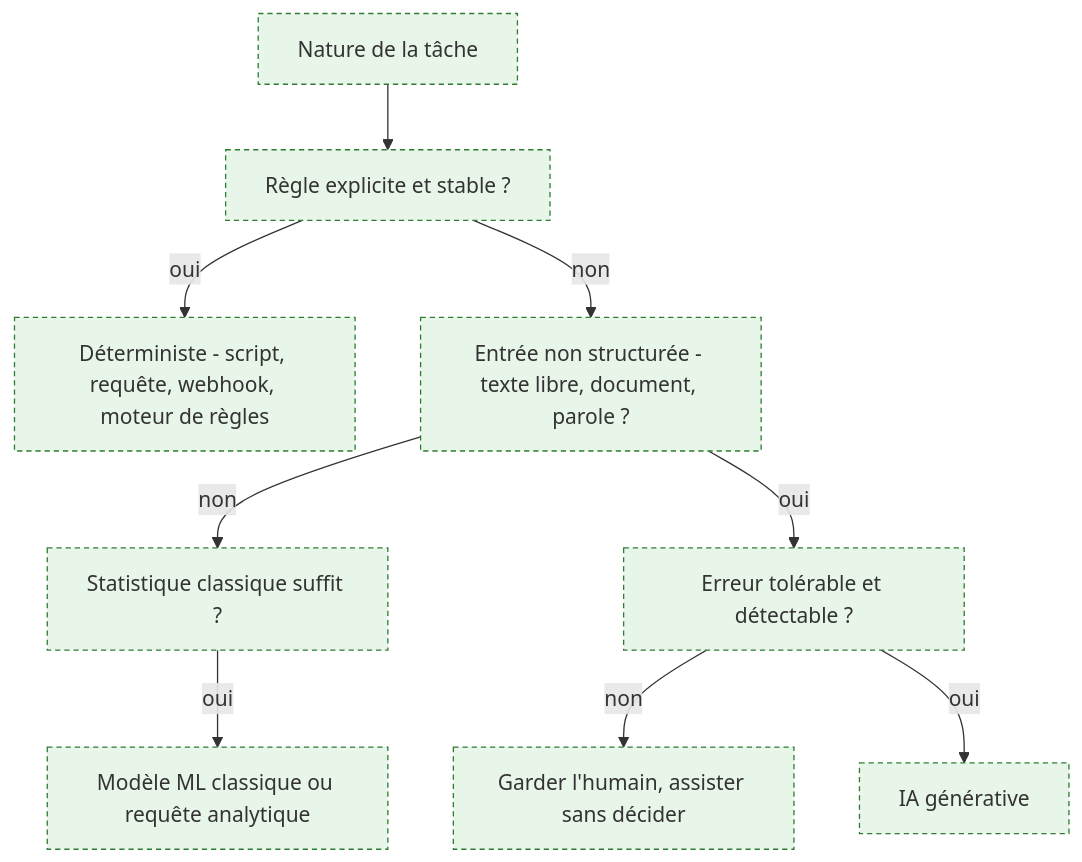
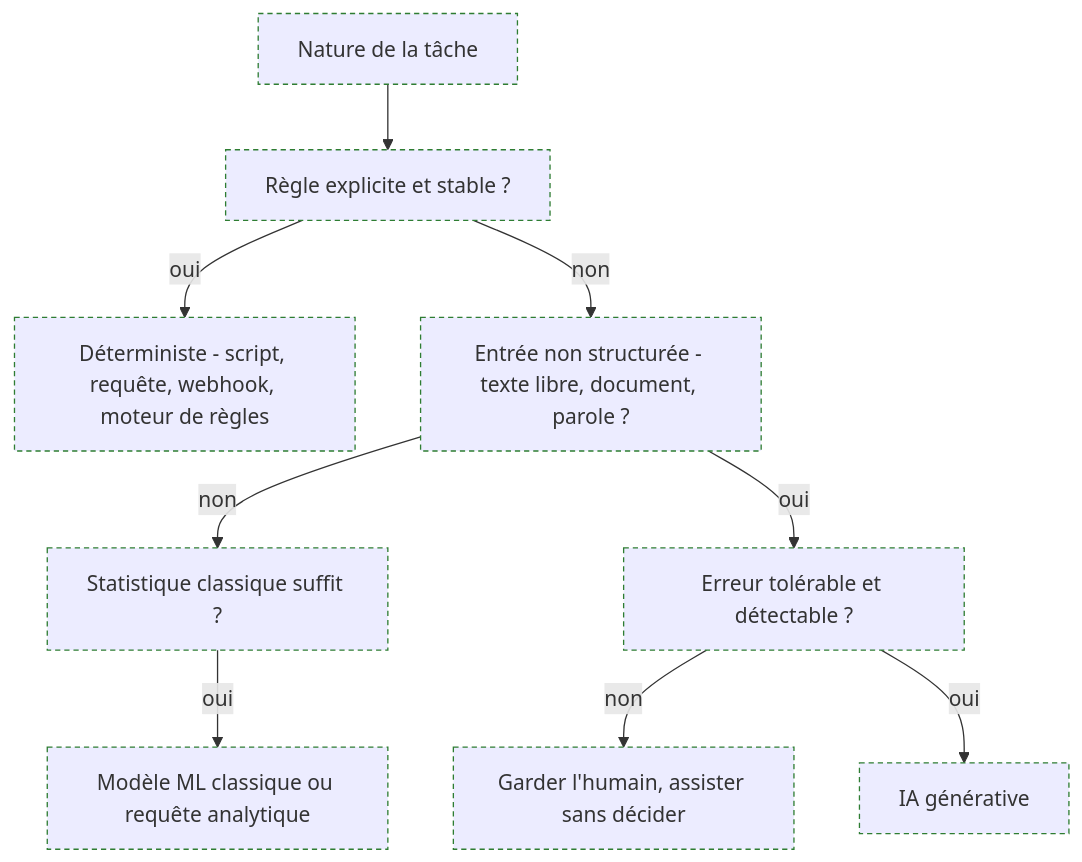
The diagram in content/notions/arbitrage-deterministe-probabiliste.md (floSa/Atlas-Metiers-Roadmaps), drawn with Mermaid before and after one commit. The commit also changed 28 other files, not shown here.

Commit message:
Schemas lisibles dans les deux themes, et retour au niveau superieur sur toutes les pages

````diff
--- a/content/notions/arbitrage-deterministe-probabiliste.md
+++ b/content/notions/arbitrage-deterministe-probabiliste.md
@@ -21,12 +21,12 @@
 ```mermaid
 flowchart TD
   t["Nature de la tâche"]:::ajout --> r1["Règle explicite et stable ?"]:::ajout
   r1 -->|"oui"| det["Déterministe - script, requête, webhook, moteur de règles"]:::ajout
   r1 -->|"non"| r2["Entrée non structurée - texte libre, document, parole ?"]:::ajout
   r2 -->|"non"| r3["Statistique classique suffit ?"]:::ajout
   r3 -->|"oui"| ml["Modèle ML classique ou requête analytique"]:::ajout
   r2 -->|"oui"| r4["Erreur tolérable et détectable ?"]:::ajout
   r4 -->|"non"| hum["Garder l'humain, assister sans décider"]:::ajout
   r4 -->|"oui"| gen["IA générative"]:::ajout
-  classDef ajout fill:#e8f5e9,stroke:#2e7d32,stroke-width:1px,stroke-dasharray:4 3
+  classDef ajout stroke:#2e7d32,stroke-width:1px,stroke-dasharray:4 3
 ```
````
